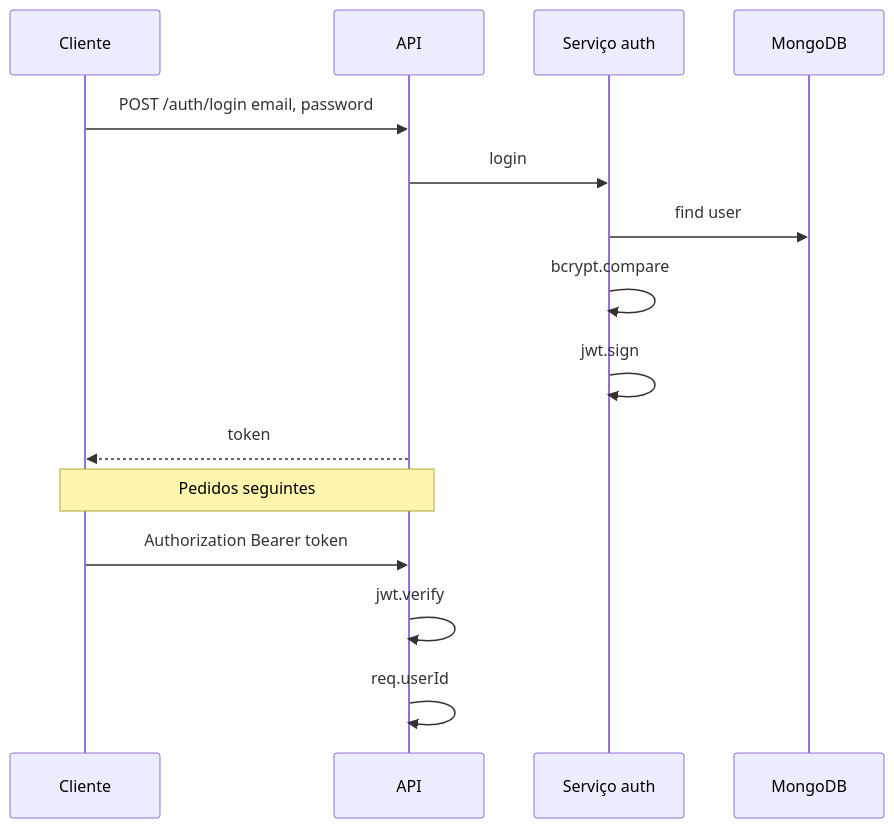
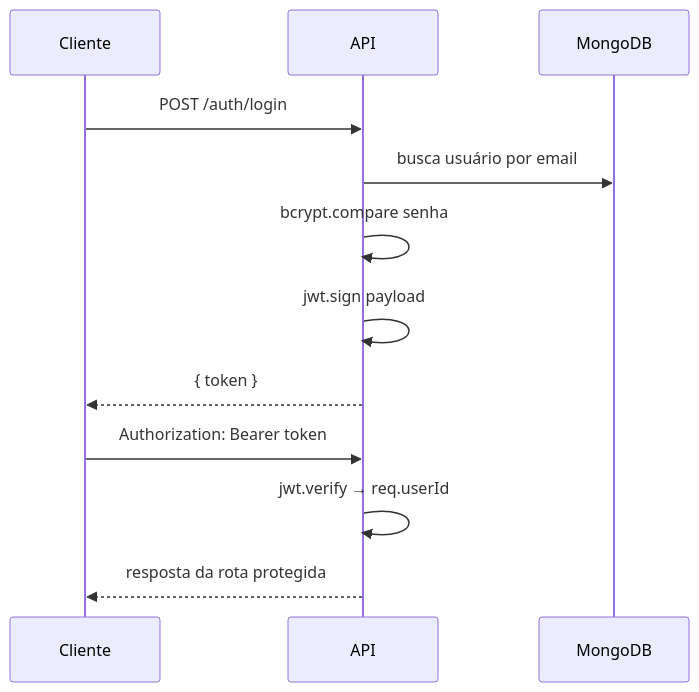
One commit to reczin/task-management-api changed the third of 3 diagrams in README.md. Above: the diagram before and after it, drawn with Mermaid. The commit also changed other lines of this file, not shown here.

````diff
--- a/README.md
+++ b/README.md
@@ -243,17 +156,14 @@
 ```mermaid
 sequenceDiagram
   participant C as Cliente
   participant API as API
-  participant S as Serviço auth
   participant DB as MongoDB
-  C->>API: POST /auth/login email, password
-  API->>S: login
-  S->>DB: find user
-  S->>S: bcrypt.compare
-  S->>S: jwt.sign
-  API-->>C: token
-  Note over C,API: Pedidos seguintes
-  C->>API: Authorization Bearer token
-  API->>API: jwt.verify
-  API->>API: req.userId
+  C->>API: POST /auth/login
+  API->>DB: busca usuário por email
+  API->>API: bcrypt.compare senha
+  API->>API: jwt.sign payload
+  API-->>C: { token }
+  C->>API: Authorization: Bearer token
+  API->>API: jwt.verify → req.userId
+  API-->>C: resposta da rota protegida
 ```
````
